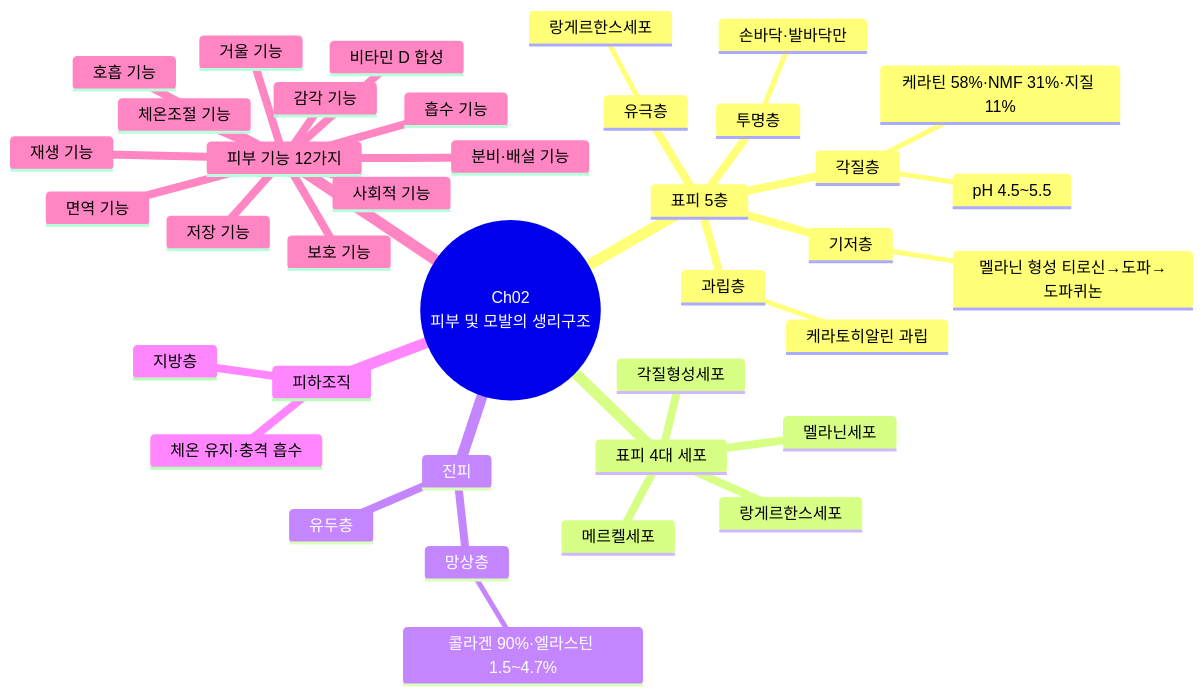
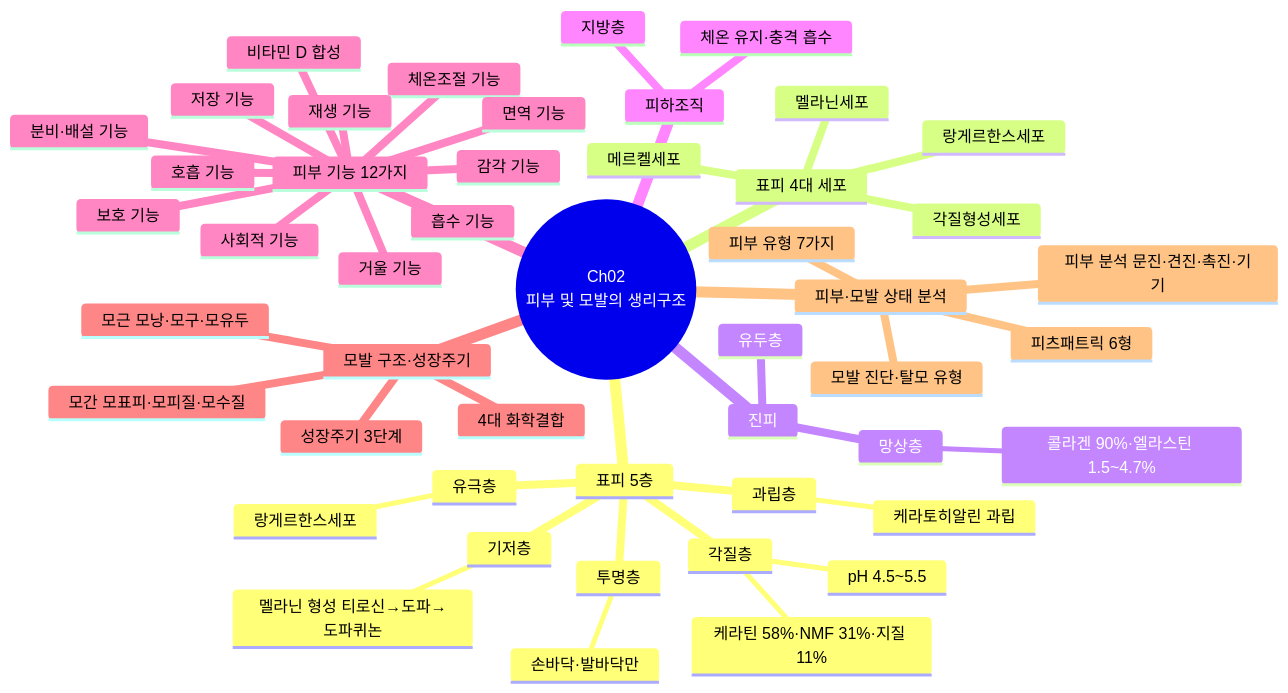
Before and after one commit to skygoldlee-cyber/Personalized_Skincare: diagram 12 of 28 in content/교재/understanding/4과목_맞춤형화장품의이해_이야기형.md, drawn with Mermaid. The commit also changed other lines of this file and 6 other files, not shown here.

````diff
--- a/content/교재/understanding/4과목_맞춤형화장품의이해_이야기형.md
+++ b/content/교재/understanding/4과목_맞춤형화장품의이해_이야기형.md
@@ -1159,41 +1175,51 @@
 ```mermaid
 mindmap
  root((Ch02<br/>피부 및 모발의 생리구조))
   표피 5층
    각질층
     케라틴 58%·NMF 31%·지질 11%
     pH 4.5~5.5
    투명층
     손바닥·발바닥만
    과립층
     케라토히알린 과립
    유극층
     랑게르한스세포
    기저층
     멜라닌 형성 티로신→도파→도파퀴논
   표피 4대 세포
    각질형성세포
    멜라닌세포
    랑게르한스세포
    메르켈세포
   진피
    유두층
    망상층
     콜라겐 90%·엘라스틴 1.5~4.7%
   피하조직
    지방층
    체온 유지·충격 흡수
   피부 기능 12가지
    보호 기능
    감각 기능
    체온조절 기능
    면역 기능
    비타민 D 합성
    흡수 기능
    분비·배설 기능
    호흡 기능
    저장 기능
    재생 기능
    거울 기능
    사회적 기능
+  모발 구조·성장주기
+   모간 모표피·모피질·모수질
+   모근 모낭·모구·모유두
+   4대 화학결합
+   성장주기 3단계
+  피부·모발 상태 분석
+   피부 분석 문진·견진·촉진·기기
+   피부 유형 7가지
+   피츠패트릭 6형
+   모발 진단·탈모 유형
 ```
````
